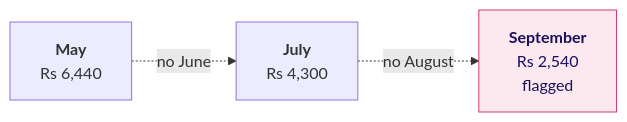
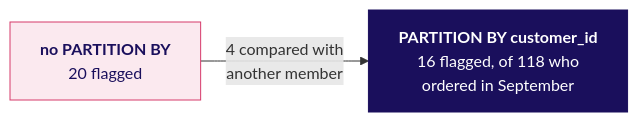
One commit to fde-academy-lab/c2-content-factory changed diagram 17 of 20 in content/W02/D3/slides/C2_W02_D03_half1_STUDENT.md. Above: the diagram before and after it, drawn with Mermaid. The commit also changed other lines of this file and 3 other files, not shown here.

````diff
--- a/content/W02/D3/slides/C2_W02_D03_half1_STUDENT.md
+++ b/content/W02/D3/slides/C2_W02_D03_half1_STUDENT.md
@@ -805,7 +1254,8 @@
 ```mermaid
 flowchart LR
-    M["<b>May</b><br/>Rs 6,440"] -.->|"no June"| J["<b>July</b><br/>Rs 4,300"]
-    J -.->|"no August"| S["<b>September</b><br/>Rs 2,540<br/>flagged"]
+    N["<b>no PARTITION BY</b><br/>20 flagged"] -->|"4 compared with<br/>another member"| P["<b>PARTITION BY customer_id</b><br/>16 flagged, of 118 who<br/>ordered in September"]
     classDef bad fill:#FBE9EF,stroke:#D63A6A,color:#1A0F5C
-    class S bad
+    classDef bet fill:#1A0F5C,stroke:#1A0F5C,color:#FFFFFF
+    class N bad
+    class P bet
 ```
````
